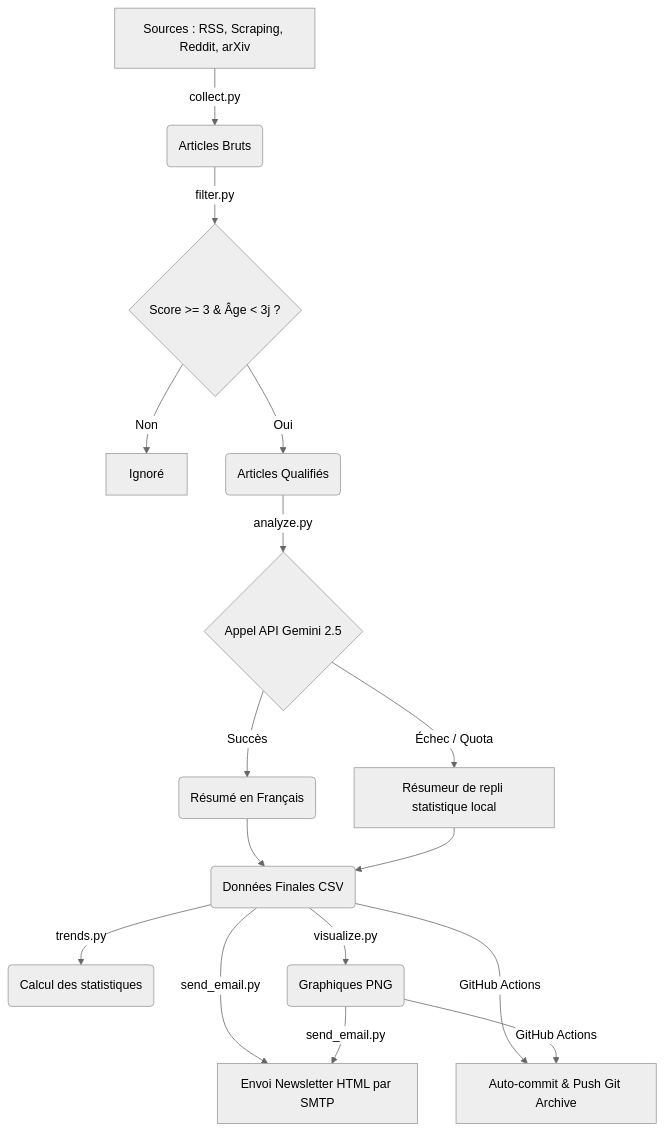
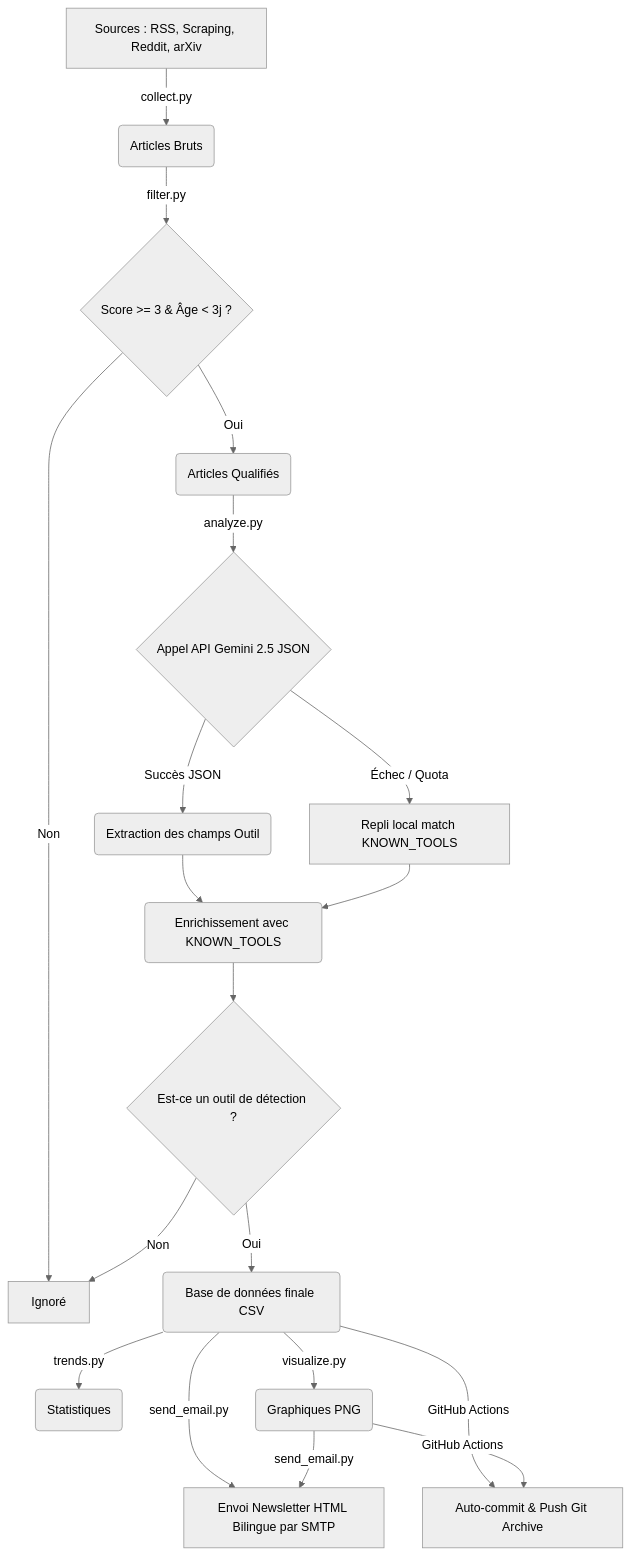
One commit to Glom-Companies/ai_detection_monitor changed the diagram in README.md. Above: the diagram before and after it, drawn with Mermaid (neutral theme). The commit also changed other lines of this file and 4 other files, not shown here.

Commit message:
Release 2: Focus on AI Detection Tools, bilingual template, KNOWN_TOOLS database, and new tool badge

````diff
--- a/README.md
+++ b/README.md
@@ -44,16 +44,19 @@
 ```mermaid
 graph TD
     A[Sources : RSS, Scraping, Reddit, arXiv] -->|collect.py| B(Articles Bruts)
     B -->|filter.py| C{Score >= 3 & Âge < 3j ?}
     C -->|Non| D[Ignoré]
     C -->|Oui| E(Articles Qualifiés)
-    E -->|analyze.py| F{Appel API Gemini 2.5}
-    F -->|Succès| G(Résumé en Français)
-    F -->|Échec / Quota| H[Résumeur de repli statistique local]
-    G --> I(Données Finales CSV)
+    E -->|analyze.py| F{Appel API Gemini 2.5 JSON}
+    F -->|Succès JSON| G(Extraction des champs Outil)
+    F -->|Échec / Quota| H[Repli local match KNOWN_TOOLS]
+    G --> I(Enrichissement avec KNOWN_TOOLS)
     H --> I
-    I -->|trends.py| J(Calcul des statistiques)
-    I -->|visualize.py| K(Graphiques PNG)
-    I & K -->|send_email.py| L[Envoi Newsletter HTML par SMTP]
-    I & K -->|GitHub Actions| M[Auto-commit & Push Git Archive]
+    I --> J{Est-ce un outil de détection ?}
+    J -->|Non| D
+    J -->|Oui| K(Base de données finale CSV)
+    K -->|trends.py| L(Statistiques)
+    K -->|visualize.py| M(Graphiques PNG)
+    K & M -->|send_email.py| N[Envoi Newsletter HTML Bilingue par SMTP]
+    K & M -->|GitHub Actions| O[Auto-commit & Push Git Archive]
 ```
````
